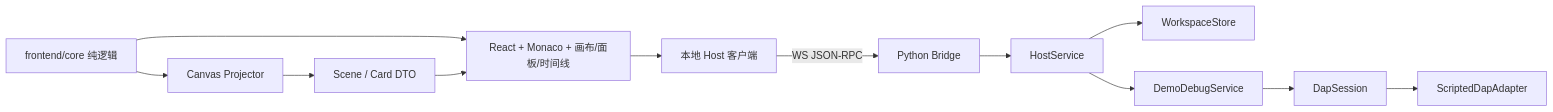
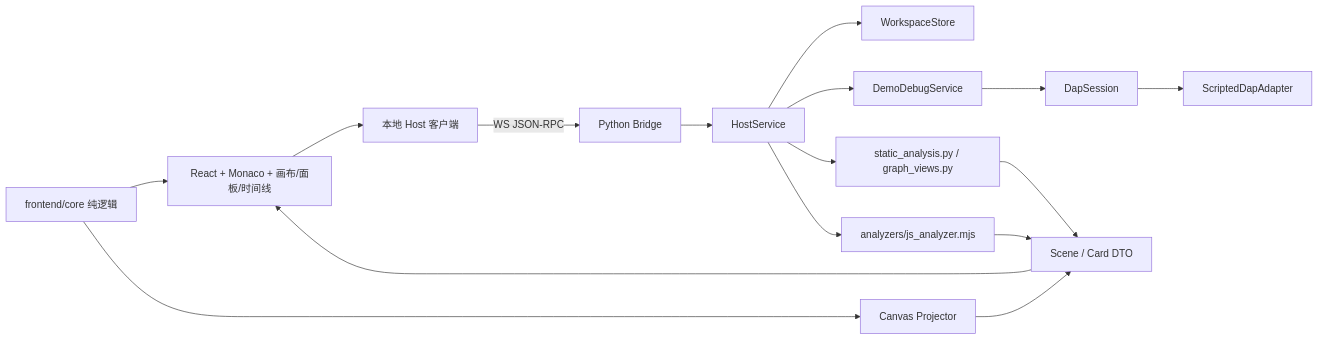
One commit to qi001007/thinking-canvas-studio changed the diagram in docs/architecture.md. Above: the diagram before and after it, drawn with Mermaid. The commit also changed other lines of this file and 44 other files, not shown here.

First line of the commit message:
feat: add layered graph views and TS/JS static analysis

````diff
--- a/docs/architecture.md
+++ b/docs/architecture.md
@@ -7,14 +7,18 @@
 ```mermaid
 flowchart LR
   UI[React + Monaco + 画布/面板/时间线] --> HOST[本地 Host 客户端]
   HOST -->|WS JSON-RPC| BRIDGE[Python Bridge]
   BRIDGE --> SERVICE[HostService]
   SERVICE --> WS[WorkspaceStore]
   SERVICE --> DEBUG[DemoDebugService]
   DEBUG --> DAP[DapSession]
   DAP --> ADAPTER[ScriptedDapAdapter]
   CORE[frontend/core 纯逻辑] --> UI
   SCENE[Scene / Card DTO] --> UI
   PROJECTOR[Canvas Projector] --> SCENE
   CORE --> PROJECTOR
+  SERVICE --> ANALYSIS[static_analysis.py / graph_views.py]
+  SERVICE --> JSANALYZER[analyzers/js_analyzer.mjs]
+  ANALYSIS --> SCENE
+  JSANALYZER --> SCENE
 ```
````
